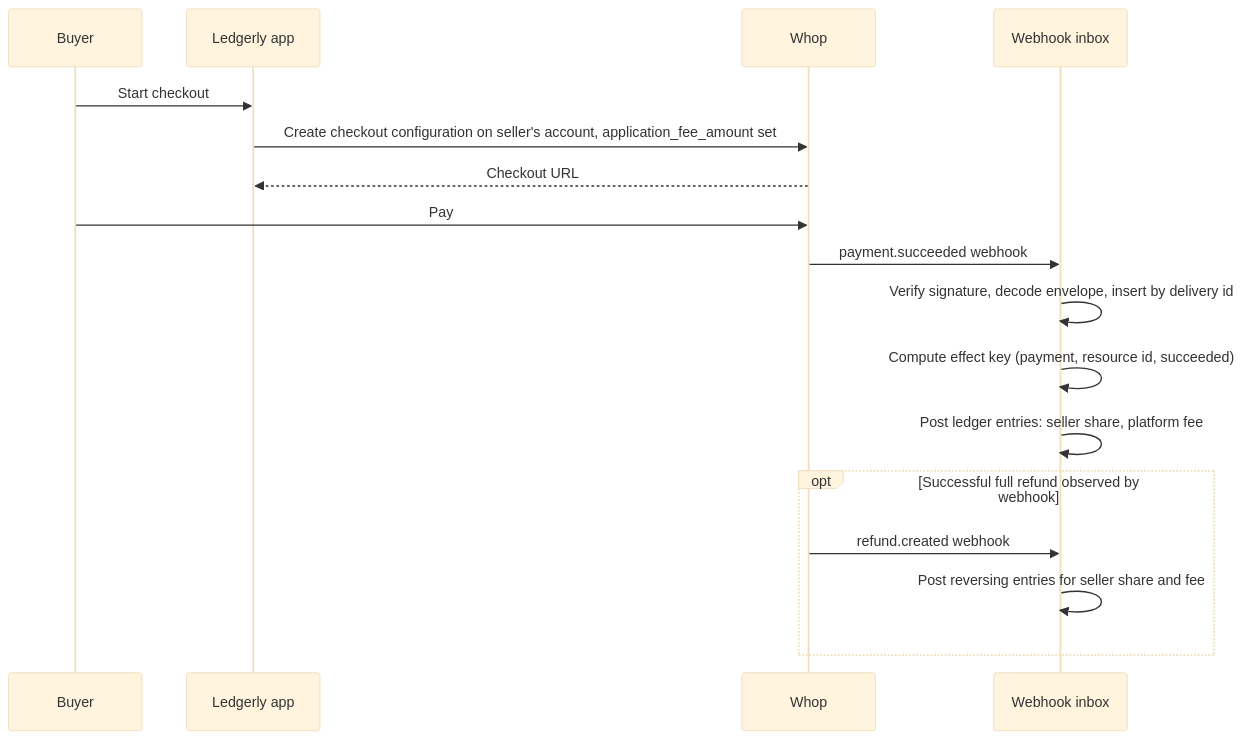
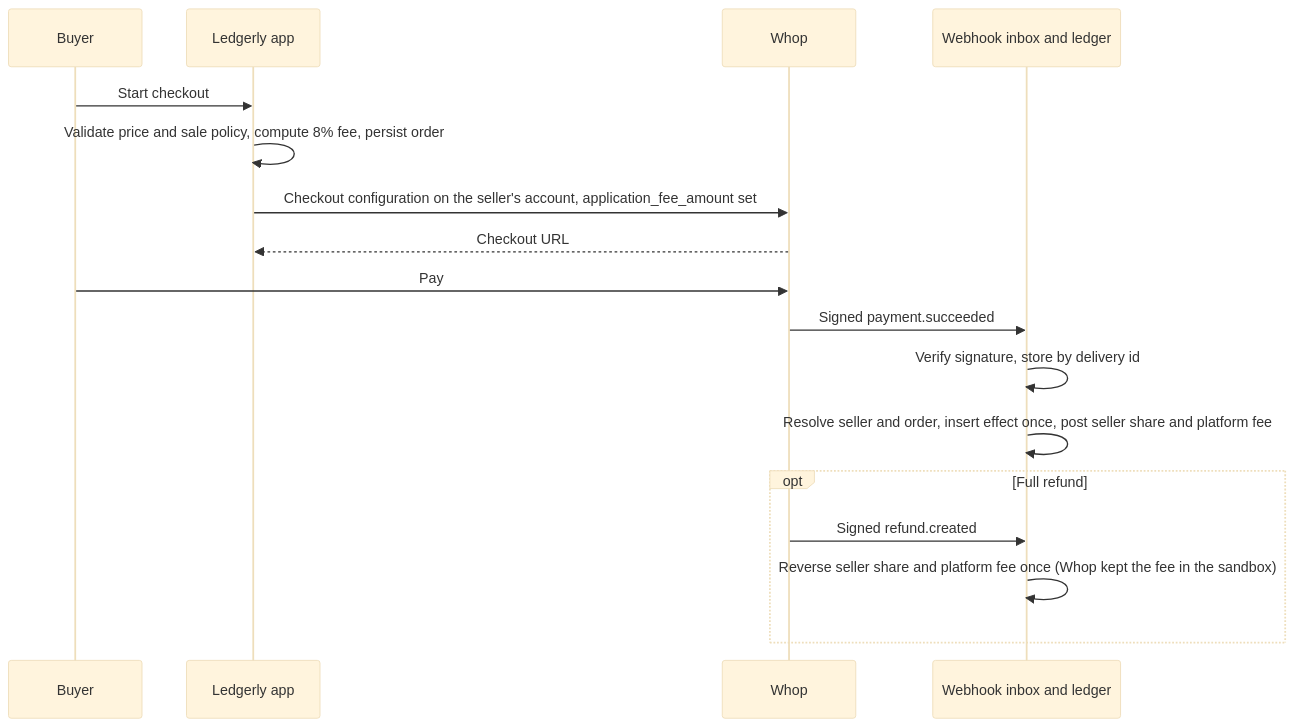
One commit to aneym/ledgerly-assessment changed the first of 2 diagrams in README.md. Above: the diagram before and after it, drawn with Mermaid (base theme). The commit also changed other lines of this file and 330 other files, not shown here.

````diff
--- a/README.md
+++ b/README.md
@@ -74,19 +93,19 @@
 ```mermaid
 sequenceDiagram
     participant Buyer
-    participant Ledgerly as Ledgerly app
+    participant App as Ledgerly app
     participant Whop
-    participant Inbox as Webhook inbox
-    Buyer->>Ledgerly: Start checkout
-    Ledgerly->>Whop: Create checkout configuration on seller's account, application_fee_amount set
-    Whop-->>Ledgerly: Checkout URL
+    participant Inbox as Webhook inbox and ledger
+    Buyer->>App: Start checkout
+    App->>App: Validate price and sale policy, compute 8% fee, persist order
+    App->>Whop: Checkout configuration on the seller's account, application_fee_amount set
+    Whop-->>App: Checkout URL
     Buyer->>Whop: Pay
-    Whop->>Inbox: payment.succeeded webhook
-    Inbox->>Inbox: Verify signature, decode envelope, insert by delivery id
-    Inbox->>Inbox: Compute effect key (payment, resource id, succeeded)
-    Inbox->>Inbox: Post ledger entries: seller share, platform fee
-    opt Successful full refund observed by webhook
-        Whop->>Inbox: refund.created webhook
-        Inbox->>Inbox: Post reversing entries for seller share and fee
+    Whop->>Inbox: Signed payment.succeeded
+    Inbox->>Inbox: Verify signature, store by delivery id
+    Inbox->>Inbox: Resolve seller and order, insert effect once, post seller share and platform fee
+    opt Full refund
+        Whop->>Inbox: Signed refund.created
+        Inbox->>Inbox: Reverse seller share and platform fee once (Whop kept the fee in the sandbox)
     end
 ```
````
